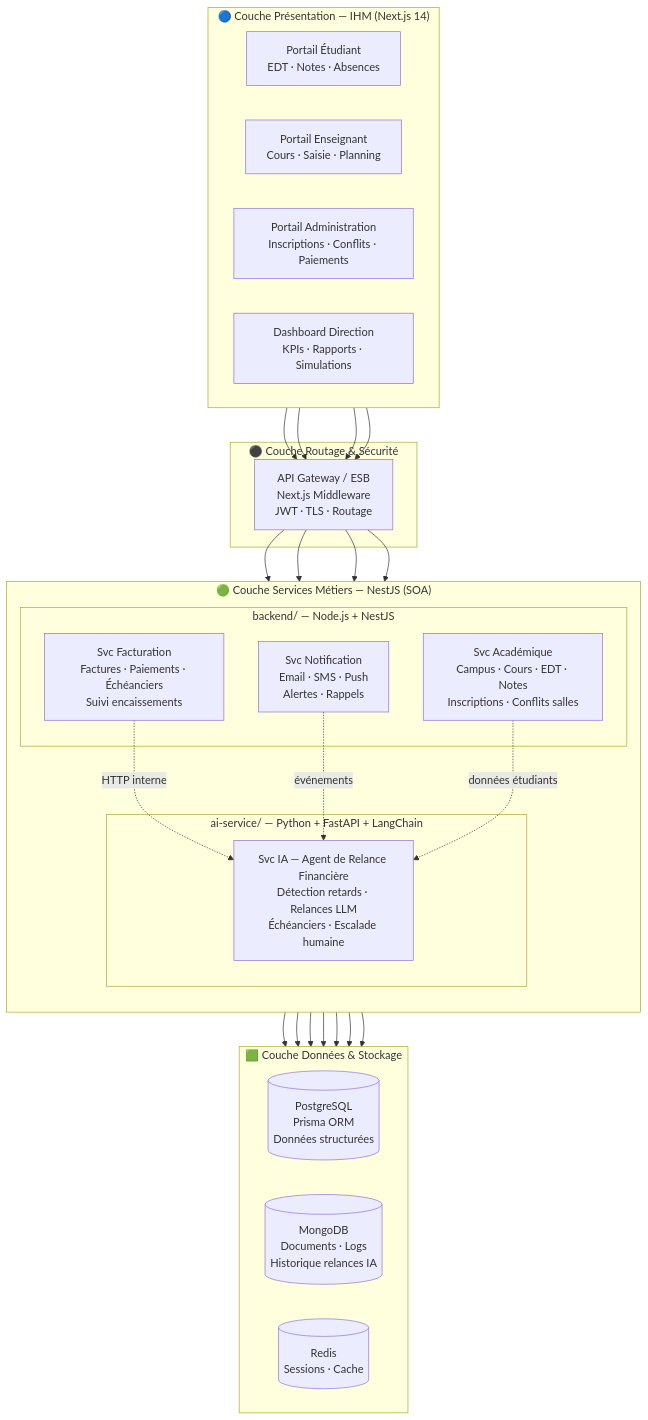
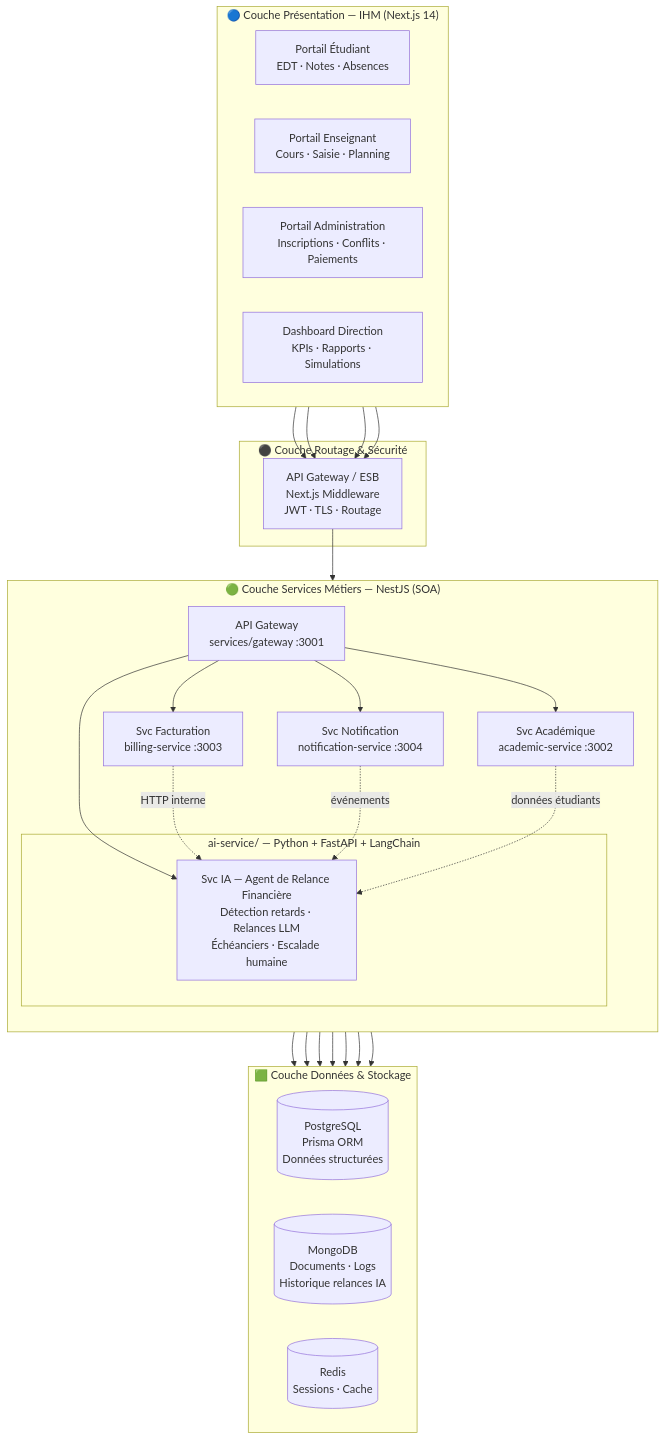
The first of 4 diagrams in docs/architecture-soa.md (novacampus-alliance/novacampus_alliance), drawn with Mermaid before and after one commit. The commit also changed other lines of this file and 106 other files, not shown here.

First line of the commit message:
refactor: architecture SOA avec gateway et services metiers independants

````diff
--- a/docs/architecture-soa.md
+++ b/docs/architecture-soa.md
@@ -9,44 +9,44 @@
 ```mermaid
 flowchart TB
     subgraph PRESENTATION["🔵 Couche Présentation — IHM (Next.js 14)"]
         direction LR
         PE["Portail Étudiant<br/>EDT · Notes · Absences"]
         PEN["Portail Enseignant<br/>Cours · Saisie · Planning"]
         PA["Portail Administration<br/>Inscriptions · Conflits · Paiements"]
         PD["Dashboard Direction<br/>KPIs · Rapports · Simulations"]
     end
 
     subgraph GATEWAY["⚫ Couche Routage & Sécurité"]
         GW["API Gateway / ESB<br/>Next.js Middleware<br/>JWT · TLS · Routage"]
     end
 
     subgraph SERVICES["🟢 Couche Services Métiers — NestJS (SOA)"]
         direction TB
-        subgraph NEST["backend/ — Node.js + NestJS"]
-            SA["Svc Académique<br/>Campus · Cours · EDT · Notes<br/>Inscriptions · Conflits salles"]
-            SF["Svc Facturation<br/>Factures · Paiements · Échéanciers<br/>Suivi encaissements"]
-            SN["Svc Notification<br/>Email · SMS · Push<br/>Alertes · Rappels"]
-        end
+        GW2["API Gateway<br/>services/gateway :3001"]
+        SA["Svc Académique<br/>academic-service :3002"]
+        SF["Svc Facturation<br/>billing-service :3003"]
+        SN["Svc Notification<br/>notification-service :3004"]
         subgraph AI["ai-service/ — Python + FastAPI + LangChain"]
             SIA["Svc IA — Agent de Relance Financière<br/>Détection retards · Relances LLM<br/>Échéanciers · Escalade humaine"]
         end
     end
 
     subgraph DATA["🟩 Couche Données & Stockage"]
         direction LR
         PG[("PostgreSQL<br/>Prisma ORM<br/>Données structurées")]
         MG[("MongoDB<br/>Documents · Logs<br/>Historique relances IA")]
         RD[("Redis<br/>Sessions · Cache")]
     end
 
     PE & PEN & PA & PD --> GW
-    GW --> SA & SF & SN & SIA
+    GW --> GW2
+    GW2 --> SA & SF & SN & SIA
 
     SA --> PG
     SF --> PG & MG
     SN --> MG & RD
     SIA --> MG & RD
     SF -.->|HTTP interne| SIA
     SN -.->|événements| SIA
     SA -.->|données étudiants| SIA
 ```
````
